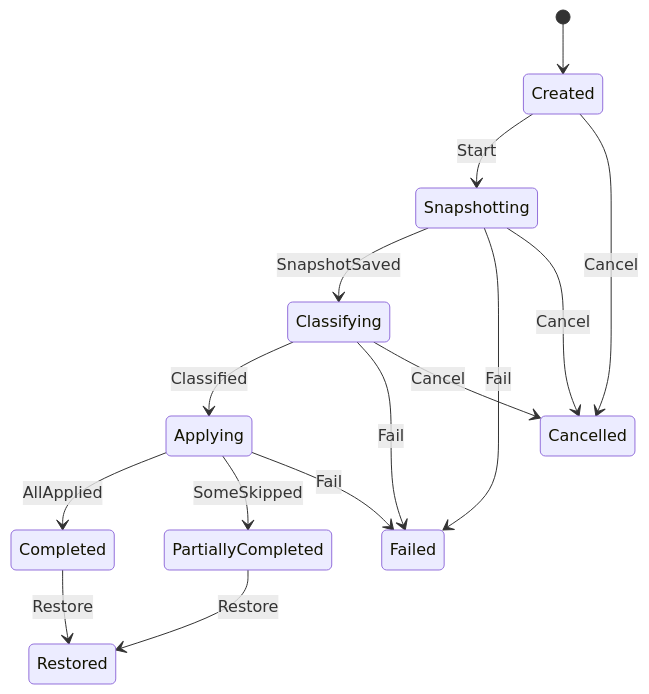
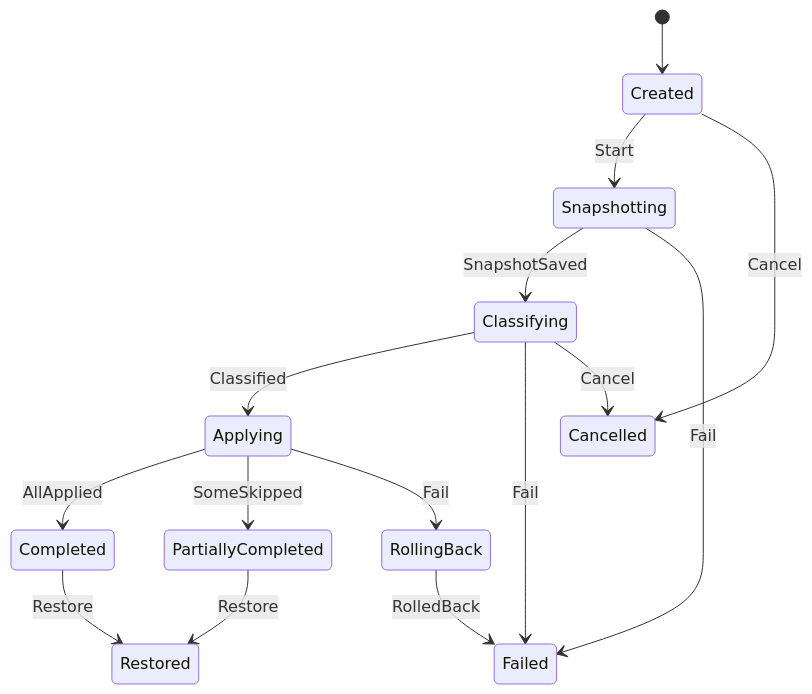
The second of 2 diagrams in docs/PRD.md (jiuyang5354/deskbox), drawn with Mermaid before and after one commit. The commit also changed other lines of this file and 1 other file, not shown here.

````diff
--- a/docs/PRD.md
+++ b/docs/PRD.md
@@ -49,17 +53,17 @@
 ```mermaid
 stateDiagram-v2
   [*] --> Created
   Created --> Snapshotting: Start
   Created --> Cancelled: Cancel
   Snapshotting --> Classifying: SnapshotSaved
   Classifying --> Applying: Classified
   Applying --> Completed: AllApplied
   Applying --> PartiallyCompleted: SomeSkipped
   Snapshotting --> Failed: Fail
   Classifying --> Failed: Fail
-  Applying --> Failed: Fail
-  Snapshotting --> Cancelled: Cancel
   Classifying --> Cancelled: Cancel
+  Applying --> RollingBack: Fail
+  RollingBack --> Failed: RolledBack
   Completed --> Restored: Restore
   PartiallyCompleted --> Restored: Restore
 ```
````
